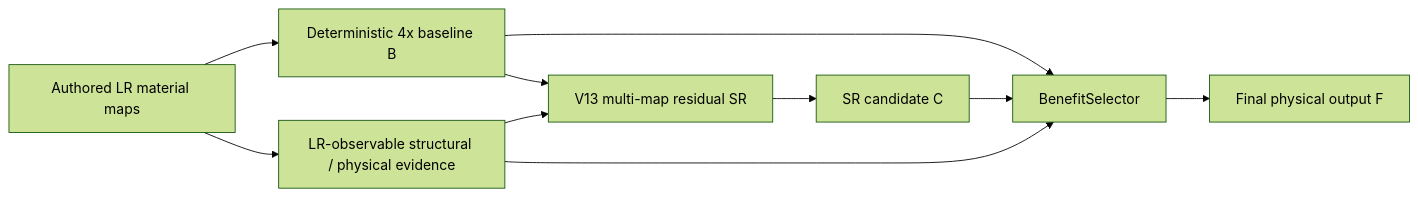
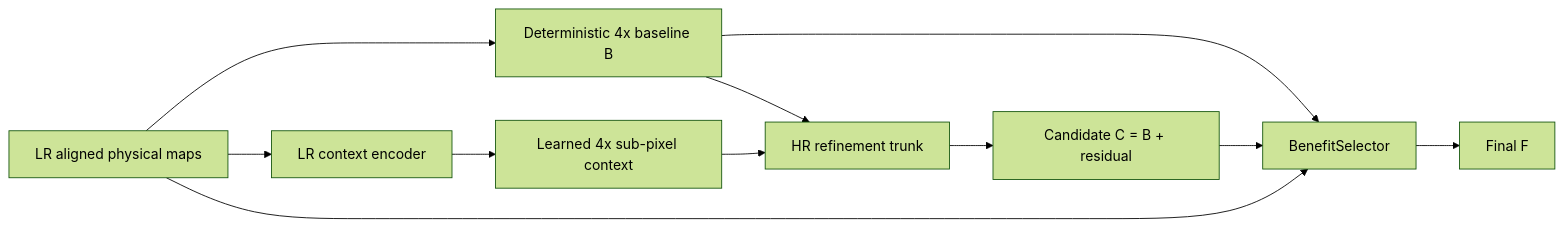
Before and after one commit to JamieShelley/trinity: the diagram in tools/nsamdr/README.md, drawn with Mermaid (forest theme). The commit also changed other lines of this file, not shown here.

````diff
--- a/tools/nsamdr/README.md
+++ b/tools/nsamdr/README.md
@@ -85,12 +80,13 @@
 ```mermaid
 flowchart LR
-    LR[Authored LR material maps] --> B[Deterministic 4x baseline B]
-    LR --> E[LR-observable structural / physical evidence]
-    B --> SR[V13 multi-map residual SR]
-    E --> SR
-    SR --> C[SR candidate C]
+    LR[LR aligned physical maps] --> B[Deterministic 4x baseline B]
+    LR --> ENC[LR context encoder]
+    ENC --> PS[Learned 4x sub-pixel context]
+    B --> HR[HR refinement trunk]
+    PS --> HR
+    HR --> C[Candidate C = B + residual]
     B --> SEL[BenefitSelector]
     C --> SEL
-    E --> SEL
-    SEL --> F[Final physical output F]
+    LR --> SEL
+    SEL --> F[Final F]
 ```
````
